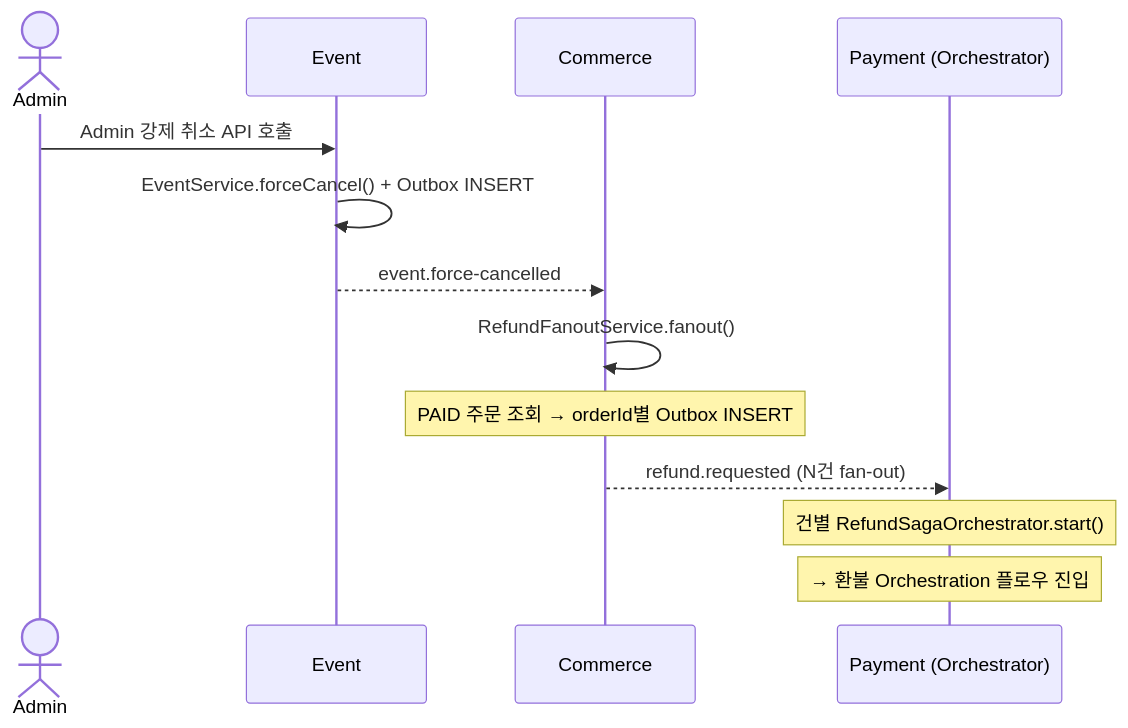
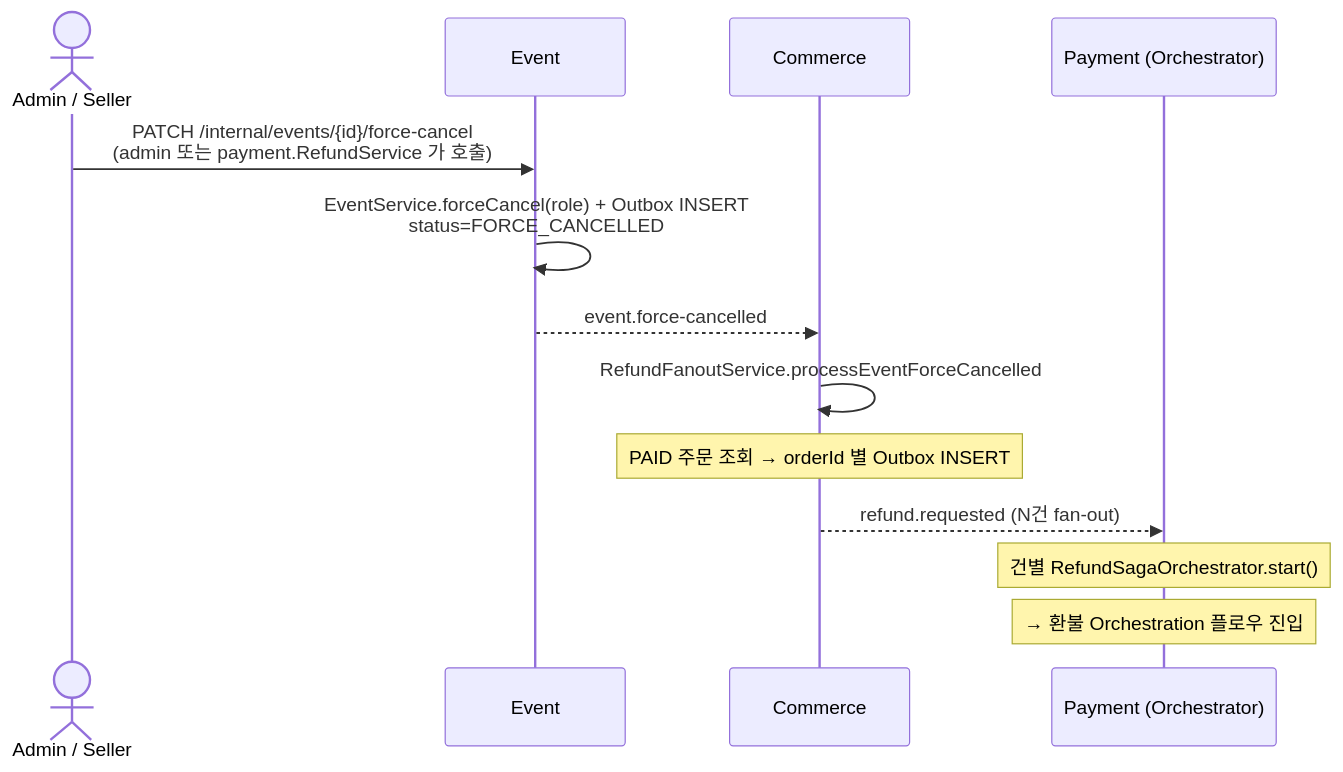
One commit to prgrms-be-adv-devcourse/beadv5_1_HeadbuttingDinosaur_BE changed the fifth of 8 diagrams in docs/skills/kafka-impl-plan.md. Above: the diagram before and after it, drawn with Mermaid. The commit also changed other lines of this file and 9 other files, not shown here.

First line of the commit message:
docs(skills): kafka·outbox·schema·test 문서군 코드 싱크 정정

````diff
--- a/docs/skills/kafka-impl-plan.md
+++ b/docs/skills/kafka-impl-plan.md
@@ -159,18 +164,18 @@
 ```mermaid
 sequenceDiagram
-    actor Admin
-    participant Event
-    participant Commerce
-    participant Orchestrator as Payment (Orchestrator)
+  actor Caller as Admin / Seller
+  participant Event
+  participant Commerce
+  participant Orchestrator as Payment (Orchestrator)
 
-    Admin->>Event: Admin 강제 취소 API 호출
-    Event->>Event: EventService.forceCancel() + Outbox INSERT
-    Event-->>Commerce: event.force-cancelled
+  Caller->>Event: PATCH /internal/events/{id}/force-cancel<br/>(admin 또는 payment.RefundService 가 호출)
+  Event->>Event: EventService.forceCancel(role) + Outbox INSERT<br/>status=FORCE_CANCELLED
+  Event-->>Commerce: event.force-cancelled
 
-    Commerce->>Commerce: RefundFanoutService.fanout()
-    Note over Commerce: PAID 주문 조회 → orderId별 Outbox INSERT
-    Commerce-->>Orchestrator: refund.requested (N건 fan-out)
+  Commerce->>Commerce: RefundFanoutService.processEventForceCancelled
+  Note over Commerce: PAID 주문 조회 → orderId 별 Outbox INSERT
+  Commerce-->>Orchestrator: refund.requested (N건 fan-out)
 
-    Note over Orchestrator: 건별 RefundSagaOrchestrator.start()
-    Note over Orchestrator: → 환불 Orchestration 플로우 진입
+  Note over Orchestrator: 건별 RefundSagaOrchestrator.start()
+  Note over Orchestrator: → 환불 Orchestration 플로우 진입
 ```
````
